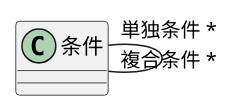
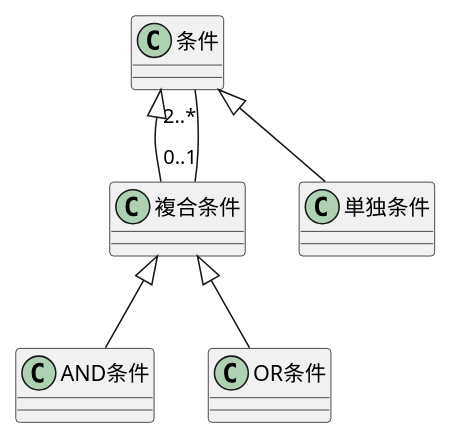
The diagram in ch09/excercise/9-3.puml (yinm/uml-modeling-lesson), drawn with PlantUML before and after one commit. The commit also changed 2 other files, not shown here.

```diff
--- a/ch09/excercise/9-3.puml
+++ b/ch09/excercise/9-3.puml
@@ -1,7 +1,16 @@
 @startuml
 
 class 条件
+class 複合条件
+class 単独条件
+class AND条件
+class OR条件
 
-条件 "単独条件 *"---"複合条件 *" 条件
+条件 <|-- 複合条件
+条件 <|-- 単独条件
+複合条件 <|-- AND条件
+複合条件 <|-- OR条件
+
+複合条件 "0..1"--"2..*" 条件
 
 @enduml
```
